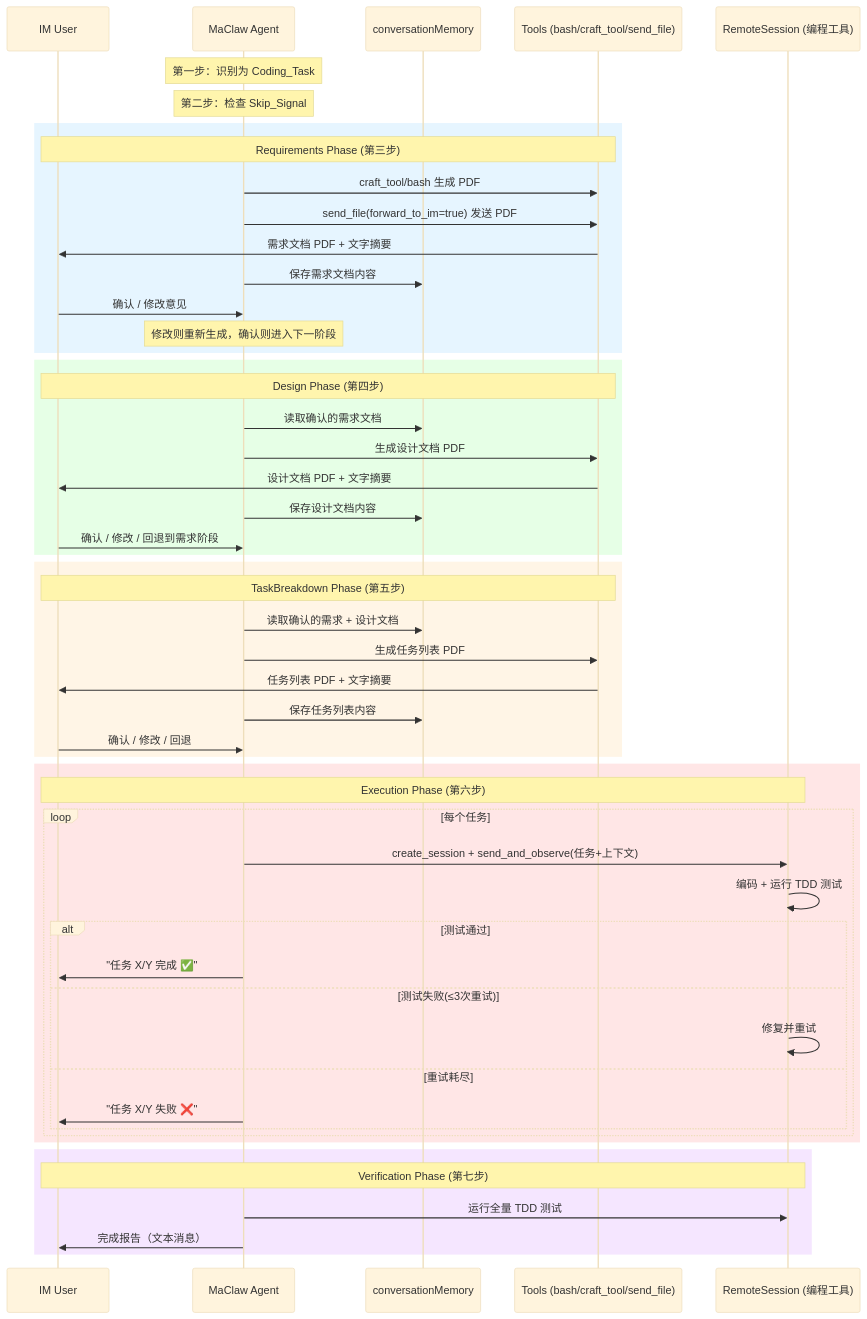
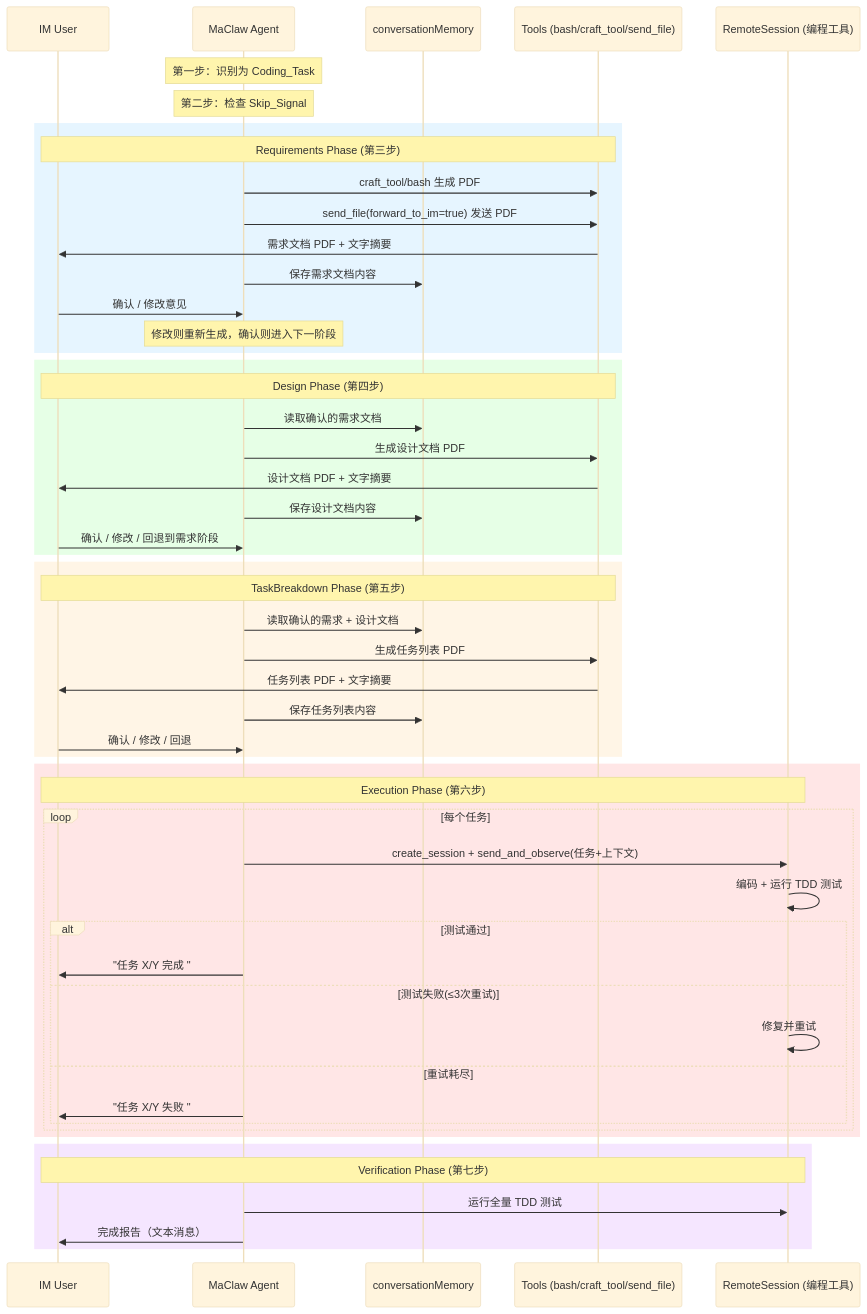
The second of 3 diagrams in .kiro/specs/maclaw-spec-driven-workflow/design.md (RapidAI/MaClaw), drawn with Mermaid (base theme) before and after one commit. The commit also changed other lines of this file and 1135 other files, not shown here.

````diff
--- a/.kiro/specs/maclaw-spec-driven-workflow/design.md
+++ b/.kiro/specs/maclaw-spec-driven-workflow/design.md
@@ -89,60 +89,60 @@
 ```mermaid
 sequenceDiagram
     participant U as IM User
     participant A as MaClaw Agent
     participant M as conversationMemory
     participant T as Tools (bash/craft_tool/send_file)
     participant R as RemoteSession (编程工具)
 
     Note over A: 第一步：识别为 Coding_Task
     Note over A: 第二步：检查 Skip_Signal
 
     rect rgb(230, 245, 255)
         Note over U,T: Requirements Phase (第三步)
         A->>T: craft_tool/bash 生成 PDF
         A->>T: send_file(forward_to_im=true) 发送 PDF
         T->>U: 需求文档 PDF + 文字摘要
         A->>M: 保存需求文档内容
         U->>A: 确认 / 修改意见
         Note over A: 修改则重新生成，确认则进入下一阶段
     end
 
     rect rgb(230, 255, 230)
         Note over U,T: Design Phase (第四步)
         A->>M: 读取确认的需求文档
         A->>T: 生成设计文档 PDF
         T->>U: 设计文档 PDF + 文字摘要
         A->>M: 保存设计文档内容
         U->>A: 确认 / 修改 / 回退到需求阶段
     end
 
     rect rgb(255, 245, 230)
         Note over U,T: TaskBreakdown Phase (第五步)
         A->>M: 读取确认的需求 + 设计文档
         A->>T: 生成任务列表 PDF
         T->>U: 任务列表 PDF + 文字摘要
         A->>M: 保存任务列表内容
         U->>A: 确认 / 修改 / 回退
     end
 
     rect rgb(255, 230, 230)
         Note over U,R: Execution Phase (第六步)
         loop 每个任务
             A->>R: create_session + send_and_observe(任务+上下文)
             R->>R: 编码 + 运行 TDD 测试
             alt 测试通过
-                A->>U: "任务 X/Y 完成 ✅"
+                A->>U: "任务 X/Y 完成 "
             else 测试失败(≤3次重试)
                 R->>R: 修复并重试
             else 重试耗尽
-                A->>U: "任务 X/Y 失败 ❌"
+                A->>U: "任务 X/Y 失败 "
             end
         end
     end
 
     rect rgb(245, 230, 255)
         Note over U,R: Verification Phase (第七步)
         A->>R: 运行全量 TDD 测试
         A->>U: 完成报告（文本消息）
     end
 ```
````
